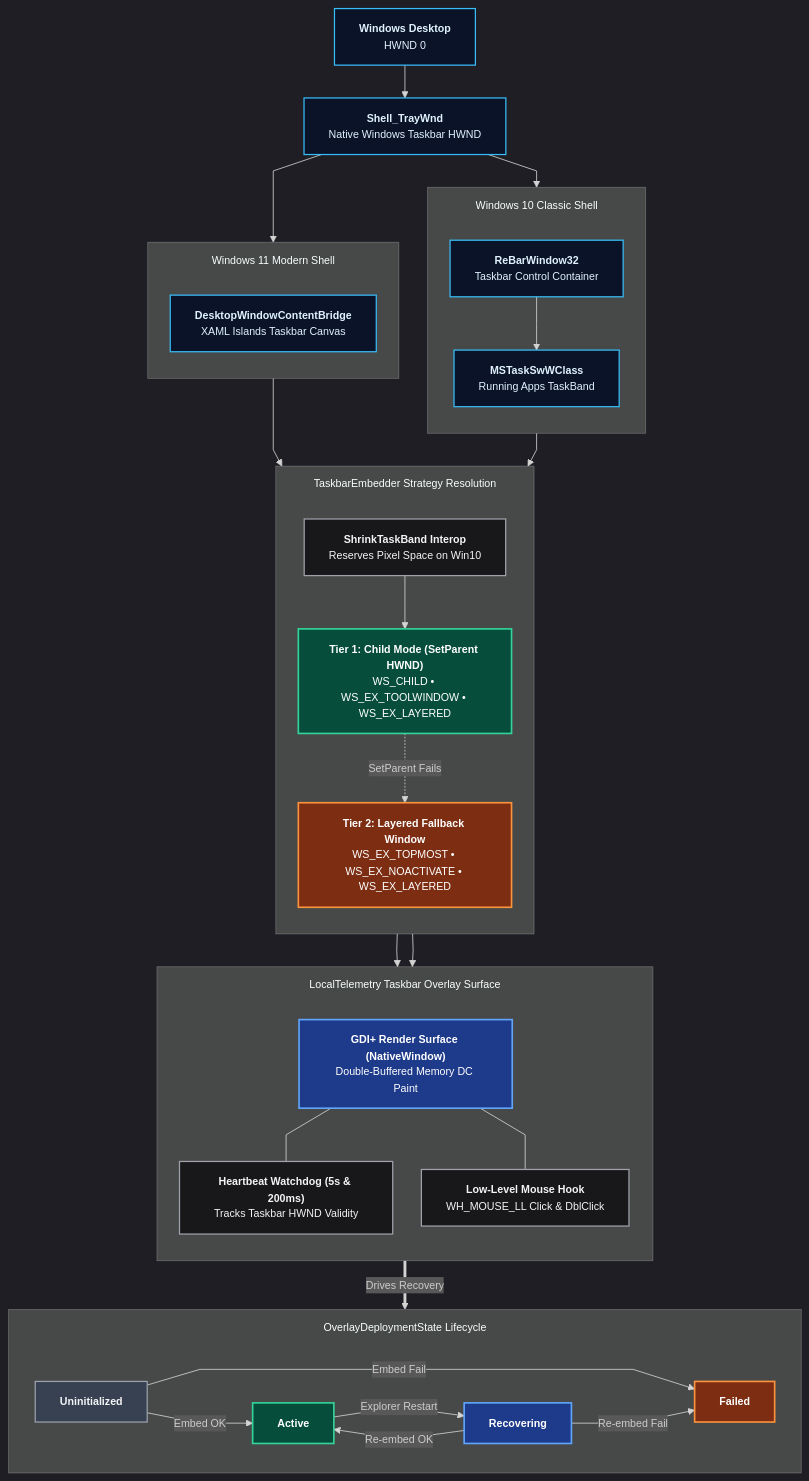
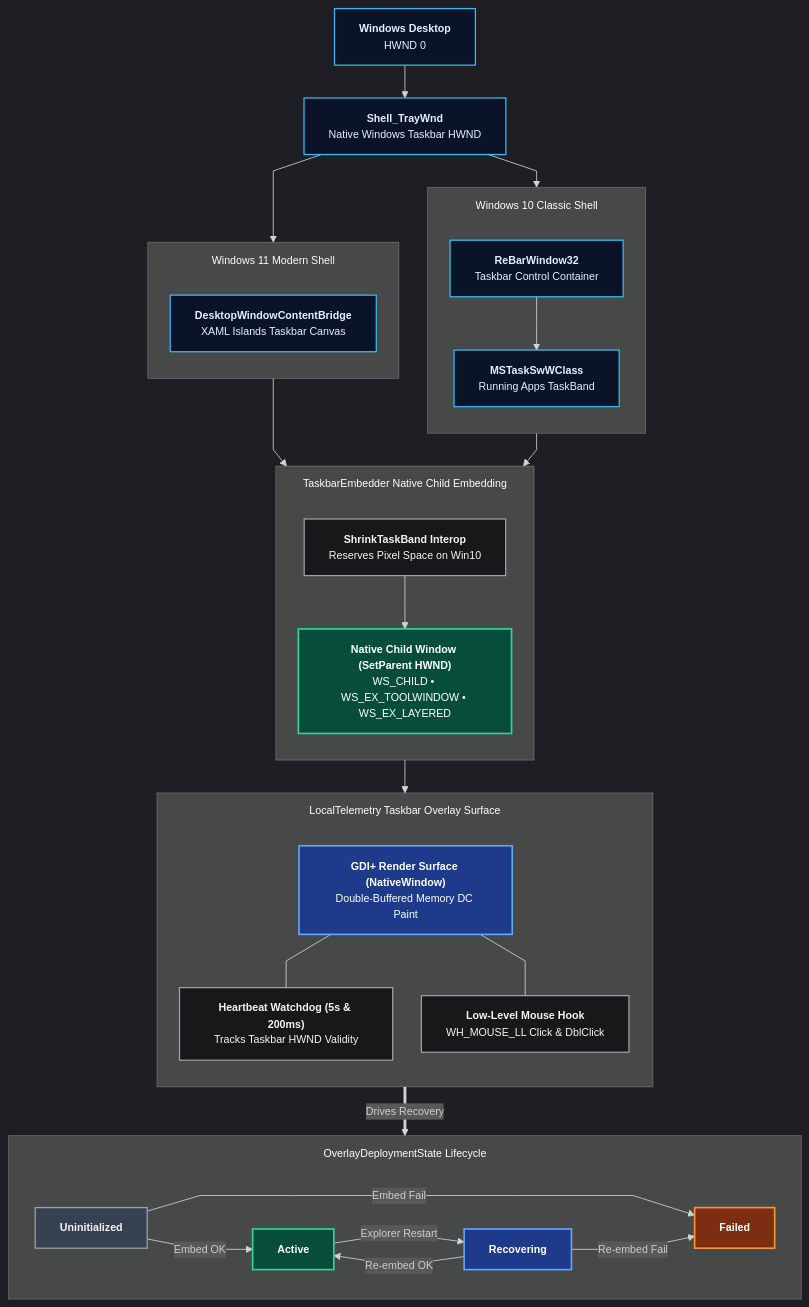
The diagram in docs/latest/developer-guide/taskbar-overlay-interop.md (Nicconike/LocalTelemetry), drawn with Mermaid before and after one commit. The commit also changed other lines of this file and 13 other files, not shown here.

````diff
--- a/docs/latest/developer-guide/taskbar-overlay-interop.md
+++ b/docs/latest/developer-guide/taskbar-overlay-interop.md
@@ -9,81 +9,78 @@
 ```mermaid
 %%{init: {'theme': 'dark', 'themeVariables': {'fontSize': '13px'}, 'flowchart': {'nodeSpacing': 35, 'rankSpacing': 40, 'subGraphTitleMargin': {'top': 12, 'bottom': 20}, 'curve': 'linear'}}}%%
 flowchart TD
     %% 1. DESKTOP & TASKBAR ROOT
     Desktop["<b>Windows Desktop</b><br/>HWND 0"] --> Tray["<b>Shell_TrayWnd</b><br/>Native Windows Taskbar HWND"]
 
     %% 2. OS SHELL ARCHITECTURES (SIDE BY SIDE)
     subgraph Win10Arch["Windows 10 Classic Shell"]
         direction TB
         ReBar["<b>ReBarWindow32</b><br/>Taskbar Control Container"]
         TaskSw["<b>MSTaskSwWClass</b><br/>Running Apps TaskBand"]
         ReBar --> TaskSw
     end
 
     subgraph Win11Arch["Windows 11 Modern Shell"]
         direction TB
         Win11Bridge["<b>DesktopWindowContentBridge</b><br/>XAML Islands Taskbar Canvas"]
     end
 
     Tray --> ReBar
     Tray --> Win11Bridge
 
     %% 3. EMBEDDING STRATEGY
-    subgraph EmbeddingStrategy["TaskbarEmbedder Strategy Resolution"]
+    subgraph EmbeddingStrategy["TaskbarEmbedder Native Child Embedding"]
         direction TB
         ShrinkBand["<b>ShrinkTaskBand Interop</b><br/>Reserves Pixel Space on Win10"]
-        ChildMode["<b>Tier 1: Child Mode (SetParent HWND)</b><br/>WS_CHILD • WS_EX_TOOLWINDOW • WS_EX_LAYERED"]
-        FallbackMode["<b>Tier 2: Layered Fallback Window</b><br/>WS_EX_TOPMOST • WS_EX_NOACTIVATE • WS_EX_LAYERED"]
+        ChildMode["<b>Native Child Window (SetParent HWND)</b><br/>WS_CHILD • WS_EX_TOOLWINDOW • WS_EX_LAYERED"]
 
         ShrinkBand --> ChildMode
-        ChildMode -.->|"SetParent Fails"| FallbackMode
     end
 
     TaskSw --> ShrinkBand
     Win11Bridge --> ChildMode
 
     %% 4. TASKBAR OVERLAY SURFACE & RUNTIME
     subgraph OverlayComponent["LocalTelemetry Taskbar Overlay Surface"]
         direction TB
         GdiSurface["<b>GDI+ Render Surface (NativeWindow)</b><br/>Double-Buffered Memory DC Paint"]
         Watchdog["<b>Heartbeat Watchdog (5s & 200ms)</b><br/>Tracks Taskbar HWND Validity"]
         MouseHook["<b>Low-Level Mouse Hook</b><br/>WH_MOUSE_LL Click & DblClick"]
 
         GdiSurface --- Watchdog
         GdiSurface --- MouseHook
     end
 
     ChildMode --> GdiSurface
-    FallbackMode --> GdiSurface
 
     %% 5. DEPLOYMENT STATE MACHINE
     subgraph DeploymentStateMachine["OverlayDeploymentState Lifecycle"]
         direction LR
         StateInit["<b>Uninitialized</b>"]
         StateActive["<b>Active</b>"]
         StateRecov["<b>Recovering</b>"]
         StateFailed["<b>Failed</b>"]
 
         StateInit -->|"Embed OK"| StateActive
         StateInit -->|"Embed Fail"| StateFailed
         StateActive -->|"Explorer Restart"| StateRecov
         StateRecov -->|"Re-embed OK"| StateActive
         StateRecov -->|"Re-embed Fail"| StateFailed
     end
 
     Watchdog ==>|"Drives Recovery"| StateRecov
 
     class Desktop,Tray,ReBar,TaskSw,Win11Bridge shellNode
     class ShrinkBand,Watchdog,MouseHook toolNode
     class ChildMode,StateActive childNode
-    class FallbackMode,StateFailed fallbackNode
+    class StateFailed fallbackNode
     class GdiSurface,StateRecov surfaceNode
     class StateInit initNode
 
     classDef shellNode fill:#0b1329,stroke:#38bdf8,stroke-width:1.5px,color:#e0f2fe
     classDef toolNode fill:#18181b,stroke:#a1a1aa,stroke-width:1.5px,color:#f4f4f5
     classDef childNode fill:#064e3b,stroke:#34d399,stroke-width:2px,color:#ffffff
     classDef fallbackNode fill:#7c2d12,stroke:#fb923c,stroke-width:2px,color:#ffffff
     classDef surfaceNode fill:#1e3a8a,stroke:#60a5fa,stroke-width:2px,color:#ffffff
     classDef initNode fill:#374151,stroke:#9ca3af,stroke-width:1.5px,color:#f3f4f6
 ```
````
